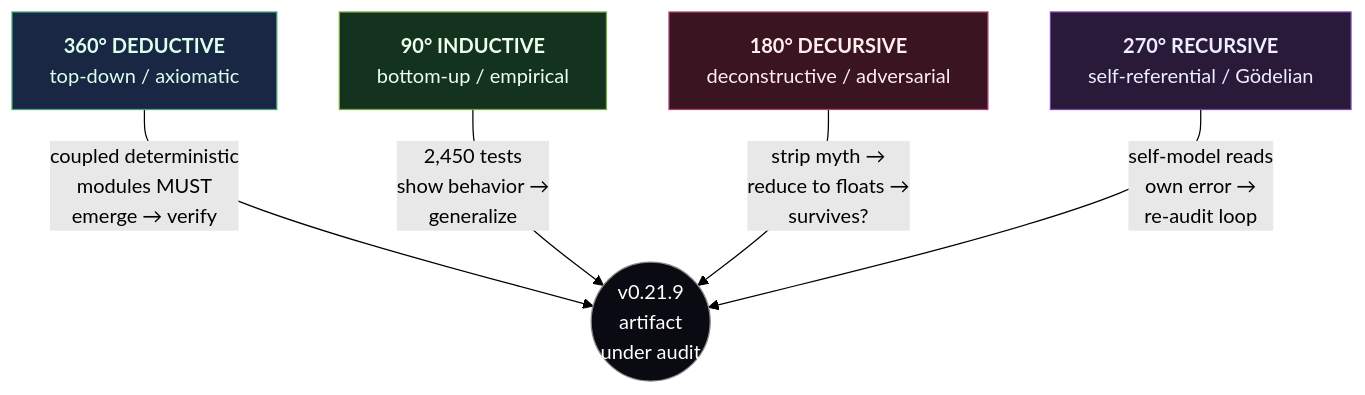
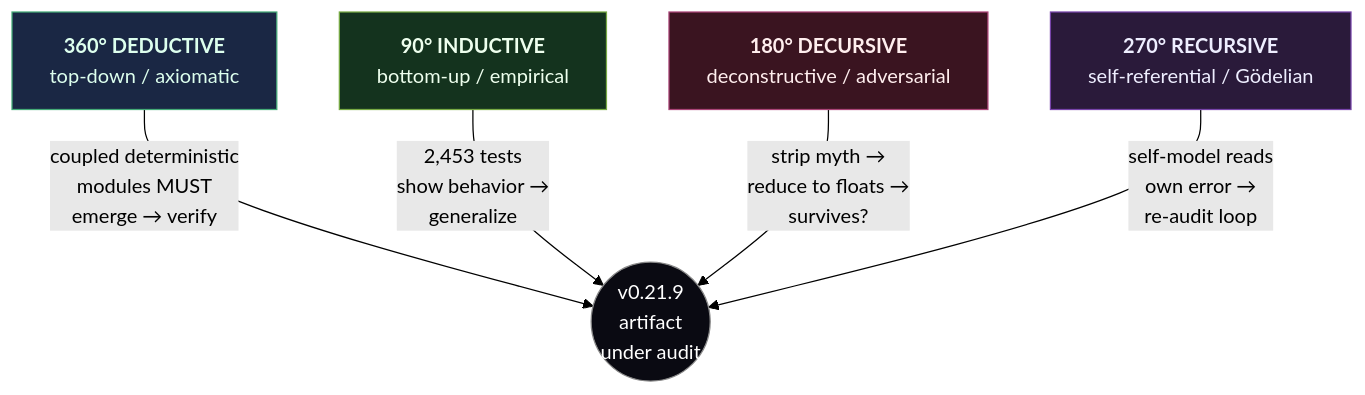
The ninth of 16 diagrams in docs/BRAIN-NEUROLOGY-CONSCIOUSNESS-ENGINEERING-ASSESSMENT-2026-07-06.md (0thernes/cosmogonic-quantum-mechalogodrom), drawn with Mermaid (forest theme) before and after one commit. The commit also changed other lines of this file and 23 other files, not shown here.

````diff
--- a/docs/BRAIN-NEUROLOGY-CONSCIOUSNESS-ENGINEERING-ASSESSMENT-2026-07-06.md
+++ b/docs/BRAIN-NEUROLOGY-CONSCIOUSNESS-ENGINEERING-ASSESSMENT-2026-07-06.md
@@ -1761,18 +1761,18 @@
 ```mermaid
 graph TB
     C(("v0.21.9<br/>artifact<br/>under audit"))
     D["<b>360° DEDUCTIVE</b><br/>top-down / axiomatic"]
     I["<b>90° INDUCTIVE</b><br/>bottom-up / empirical"]
     X["<b>180° DECURSIVE</b><br/>deconstructive / adversarial"]
     R["<b>270° RECURSIVE</b><br/>self-referential / Gödelian"]
     D -->|"coupled deterministic<br/>modules MUST<br/>emerge → verify"| C
-    I -->|"2,450 tests<br/>show behavior →<br/>generalize"| C
+    I -->|"2,453 tests<br/>show behavior →<br/>generalize"| C
     X -->|"strip myth →<br/>reduce to floats →<br/>survives?"| C
     R -->|"self-model reads<br/>own error →<br/>re-audit loop"| C
     classDef deduce fill:#1a2744,stroke:#4a7,color:#dfe;
     classDef induce fill:#14331e,stroke:#7a4,color:#efe;
     classDef decurse fill:#3a1420,stroke:#a47,color:#fee;
     classDef recurse fill:#2a1a3a,stroke:#74a,color:#eef;
     classDef core fill:#0a0a12,stroke:#888,color:#fff;
     class D deduce; class I induce; class X decurse; class R recurse; class C core;
 ```
````
